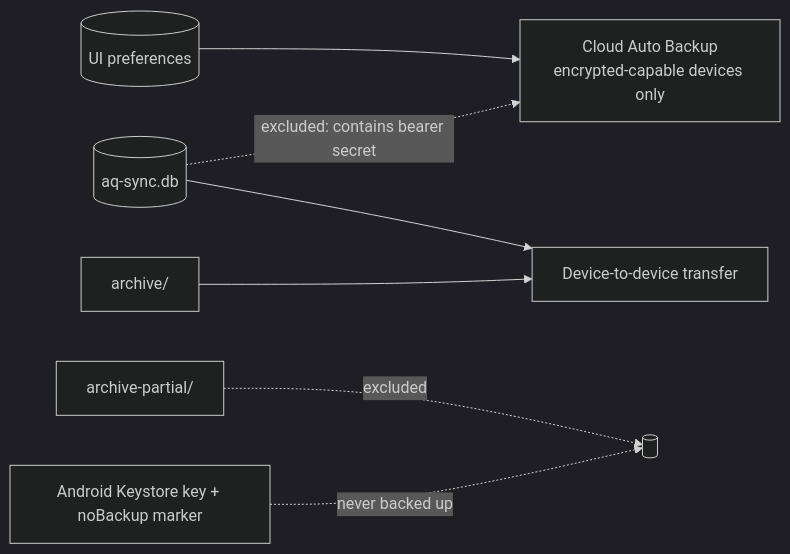
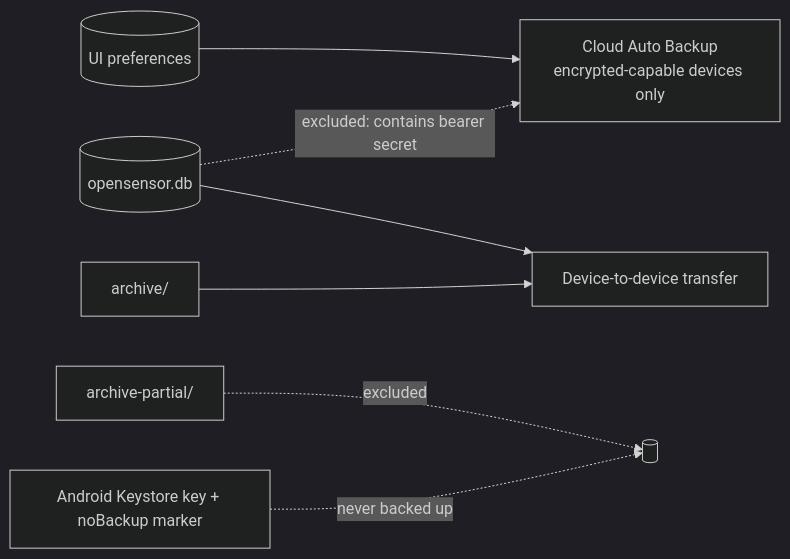
The second of 2 diagrams in docs/data-model.md (walkthru-earth/opensensor-space-mobile), drawn with Mermaid (dark theme) before and after one commit. The commit also changed other lines of this file and 1640 other files, not shown here.

````diff
--- a/docs/data-model.md
+++ b/docs/data-model.md
@@ -335,9 +335,9 @@
 ```mermaid
 flowchart LR
   PREFS[(UI preferences)] --> C["Cloud Auto Backup<br/>encrypted-capable devices only"]
-  DB[(aq-sync.db)] -."excluded: contains bearer secret".-> C
+  DB[(opensensor.db)] -."excluded: contains bearer secret".-> C
   DB --> T["Device-to-device transfer"]
   AR["archive/"] --> T
   AP["archive-partial/"] -.excluded.-> X[( )]
   KEY["Android Keystore key + noBackup marker"] -.never backed up.-> X
 ```
````
